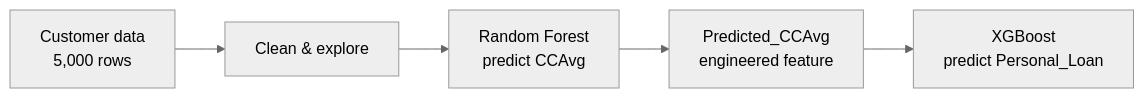
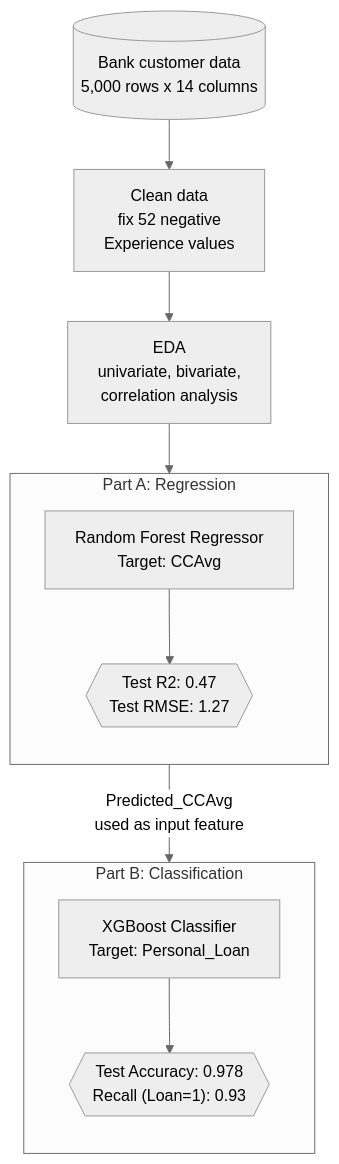
The diagram in README.md (naresh25peta-cell/loan-modeling-two-stage-pipeline), drawn with Mermaid (neutral theme) before and after one commit. The commit also changed other lines of this file, not shown here.

Commit message:
Improve pipeline diagram with grouped stages and metrics

````diff
--- a/README.md
+++ b/README.md
@@ -12,7 +12,20 @@
 ```mermaid
-flowchart LR
-    A[Customer data<br/>5,000 rows] --> B[Clean & explore]
-    B --> C[Random Forest<br/>predict CCAvg]
-    C --> D[Predicted_CCAvg<br/>engineered feature]
-    D --> E[XGBoost<br/>predict Personal_Loan]
+flowchart TD
+    A[("Bank customer data<br/>5,000 rows x 14 columns")] --> B[Clean data<br/>fix 52 negative<br/>Experience values]
+    B --> C[EDA<br/>univariate, bivariate,<br/>correlation analysis]
+
+    subgraph partA[" Part A: Regression "]
+        direction TB
+        D[Random Forest Regressor<br/>Target: CCAvg]
+        D --> E{{"Test R2: 0.47<br/>Test RMSE: 1.27"}}
+    end
+
+    subgraph partB[" Part B: Classification "]
+        direction TB
+        F[XGBoost Classifier<br/>Target: Personal_Loan]
+        F --> G{{"Test Accuracy: 0.978<br/>Recall (Loan=1): 0.93"}}
+    end
+
+    C --> D
+    E -->|"Predicted_CCAvg<br/>used as input feature"| F
 ```
````
